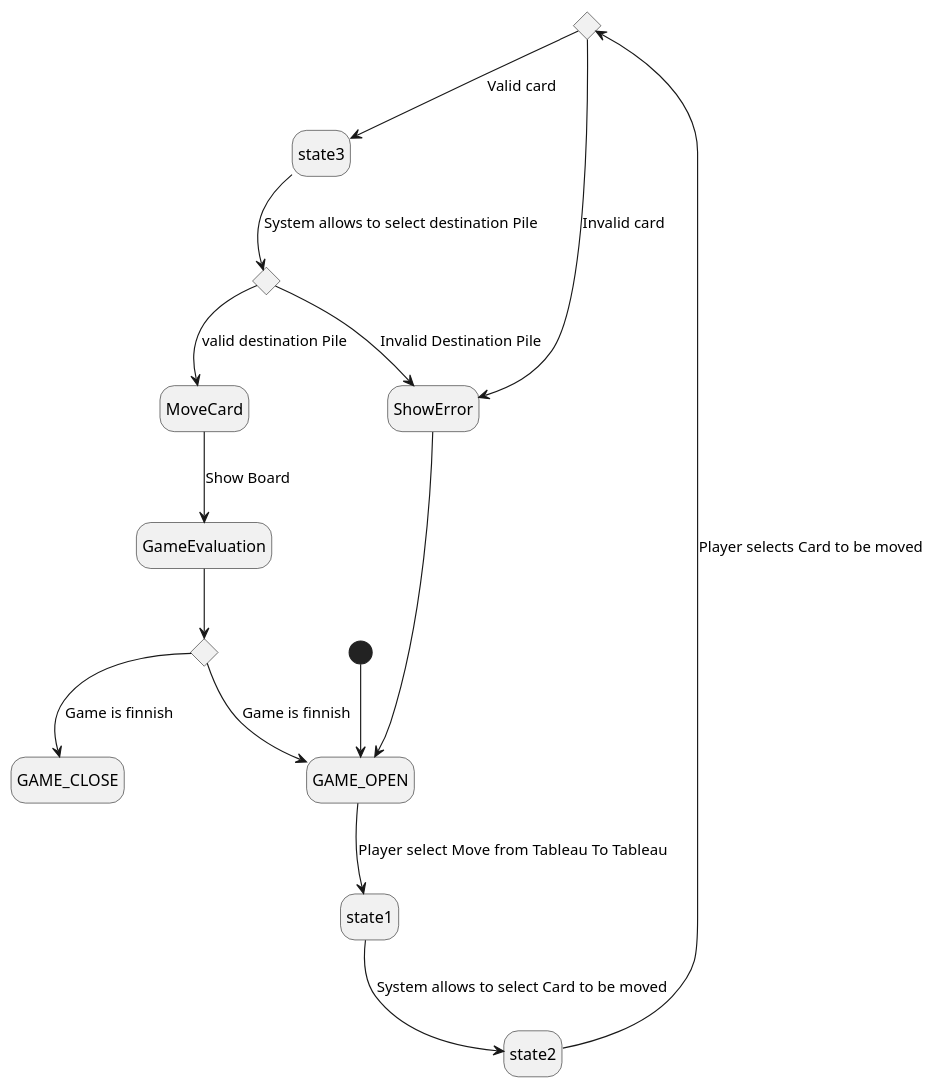
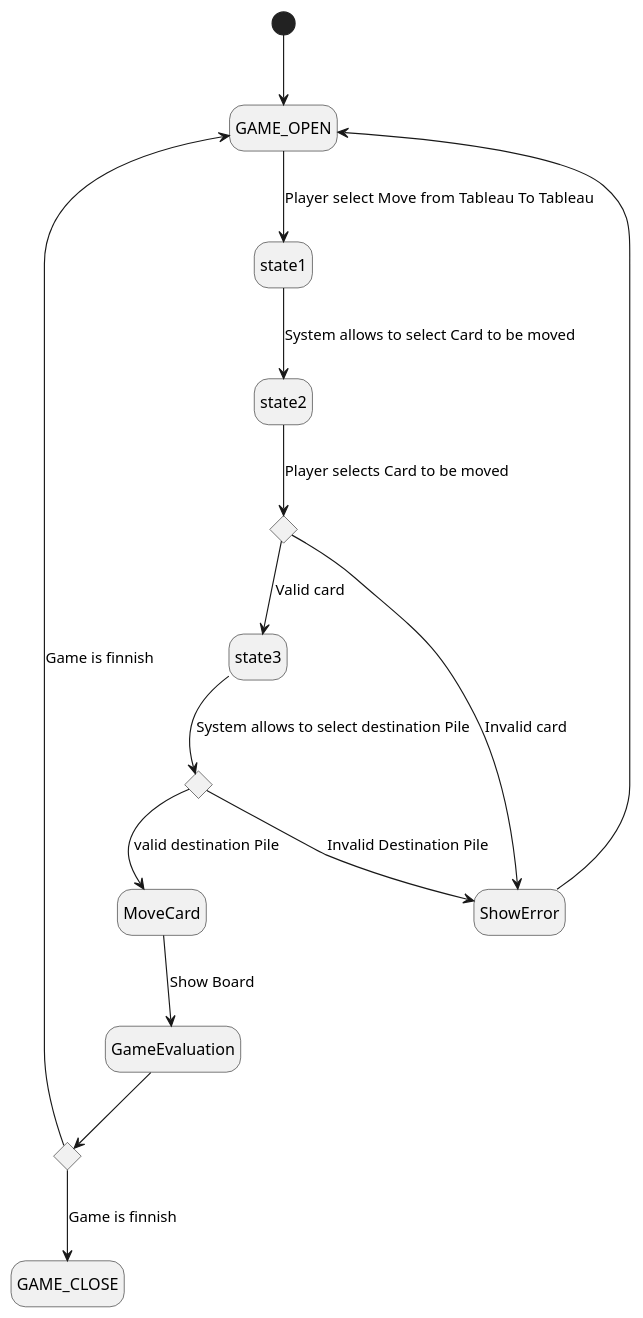
Before and after one commit to Troteaga/klondike: the fifth of 15 diagrams in docs/UseCases.plantuml, drawn with PlantUML. The commit also changed other lines of this file, not shown here.

```diff
--- a/docs/UseCases.plantuml
+++ b/docs/UseCases.plantuml
@@ -46,23 +48,23 @@
 @startuml Player Moves Card From Waste to Foundation
 
 hide empty description 
 state c <<choice>>
 state d <<choice>>
 state e <<choice>>
 
 [*] -down-> GAME_OPEN
 GAME_OPEN -down-> state1 : Player select Move from Tableau To Tableau
 state1 -down-> state2 : System allows to select Card to be moved
 state2 -down-> c : Player selects Card to be moved
 c --> ShowError : Invalid card
 c --> state3 : Valid card
 state3 --> d : System allows to select destination Pile
 d --> ShowError : Invalid Destination Pile
 ShowError --> GAME_OPEN
 d --> MoveCard : valid destination Pile
 MoveCard --> GameEvaluation : Show Board
 GameEvaluation --> e 
 e --> GAME_CLOSE : Game is finnish
-e --> GAME_OPEN: Game is finnish
+e -up-> GAME_OPEN: Game is finnish
 
 @enduml
```
